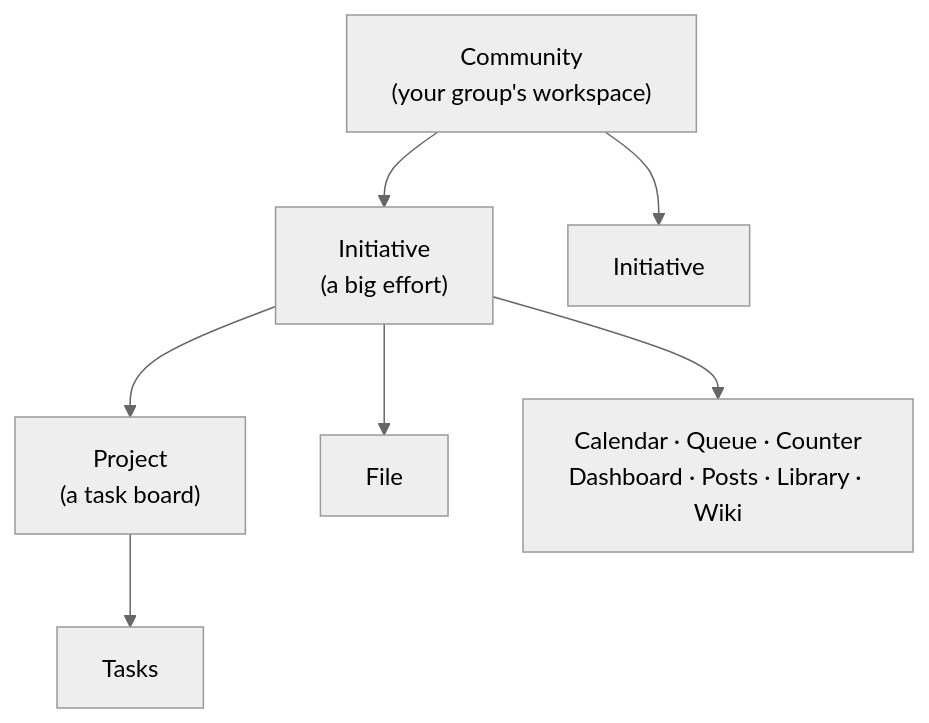
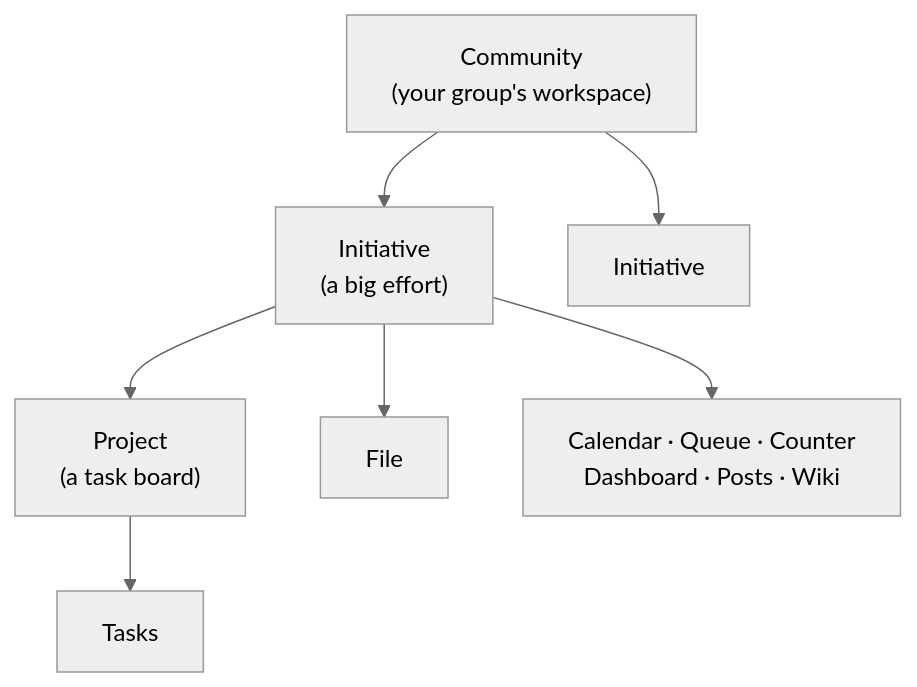
One commit to beyonders-studio/initiative changed the diagram in docs/en/concepts/index.md. Above: the diagram before and after it, drawn with Mermaid (neutral theme). The commit also changed other lines of this file and 15 other files, not shown here.

````diff
--- a/docs/en/concepts/index.md
+++ b/docs/en/concepts/index.md
@@ -11,17 +11,17 @@
 ```mermaid
 graph TD
   G["Community<br/>(your group's workspace)"]
   I1["Initiative<br/>(a big effort)"]
   I2["Initiative"]
   P1["Project<br/>(a task board)"]
   D1["File"]
-  T1["Calendar · Queue · Counter<br/>Dashboard · Posts · Library · Wiki"]
+  T1["Calendar · Queue · Counter<br/>Dashboard · Posts · Wiki"]
   TASK["Tasks"]
 
   G --> I1
   G --> I2
   I1 --> P1
   I1 --> D1
   I1 --> T1
   P1 --> TASK
 ```
````
